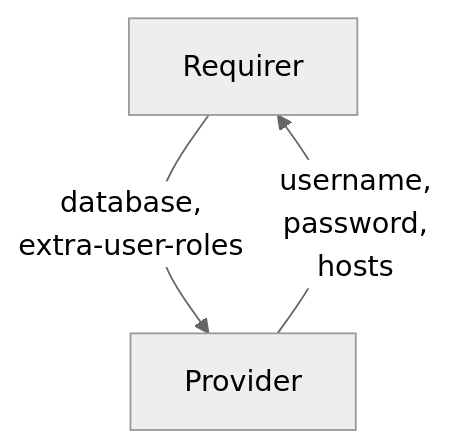
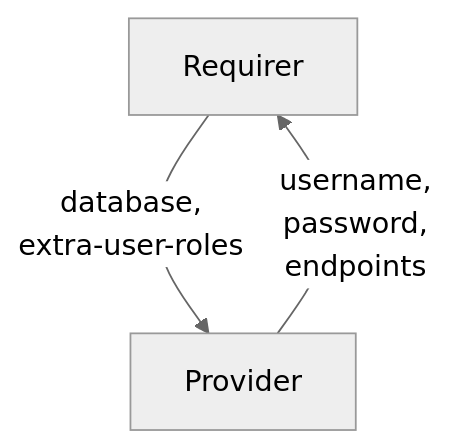
One commit to canonical/opensearch-operator changed the diagram in documentation/reference/opensearch_provider.md. Above: the diagram before and after it, drawn with Mermaid (neutral theme). The commit also changed other lines of this file, not shown here.

````diff
--- a/documentation/reference/opensearch_provider.md
+++ b/documentation/reference/opensearch_provider.md
@@ -11,5 +11,5 @@
 ```mermaid
 flowchart TD
     Requirer -- database, \nextra-user-roles --> Provider
-    Provider -- username, \npassword, \nhosts --> Requirer
+    Provider -- username, \npassword, \nendpoints --> Requirer
 ```
````
